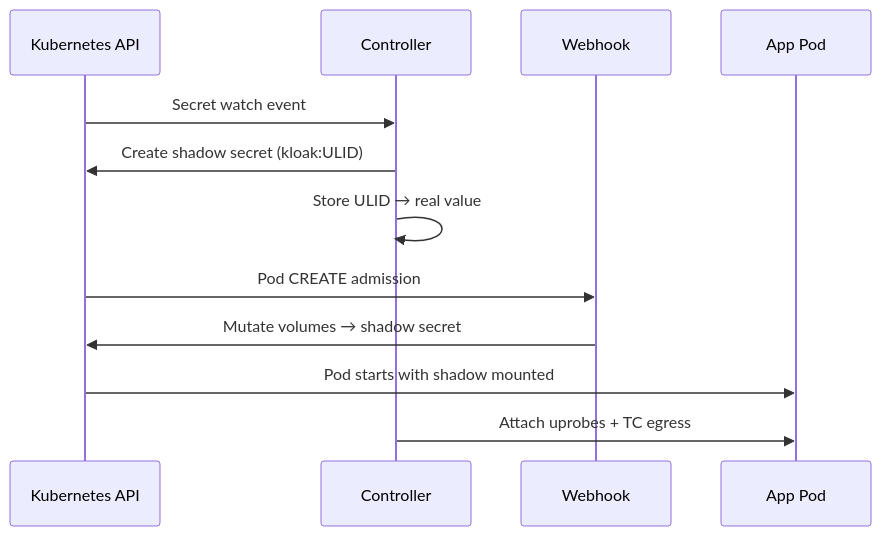
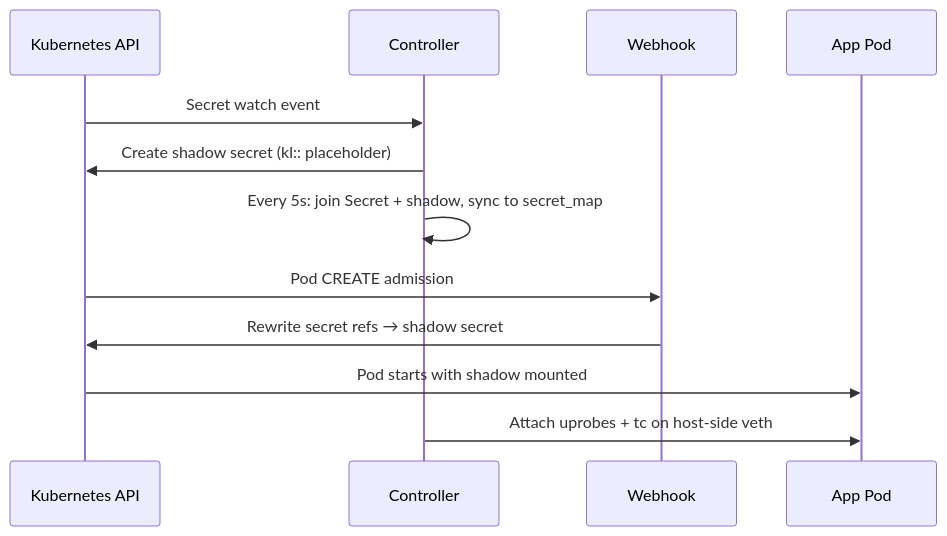
Before and after one commit to spinningfactory/kloak-web: the first of 2 diagrams in docs/architecture/overview.md, drawn with Mermaid. The commit also changed other lines of this file and 14 other files, not shown here.

````diff
--- a/docs/architecture/overview.md
+++ b/docs/architecture/overview.md
@@ -100,15 +105,15 @@
 ```mermaid
 sequenceDiagram
     participant K8s as Kubernetes API
     participant Ctrl as Controller
     participant WH as Webhook
     participant App as App Pod
 
     K8s->>Ctrl: Secret watch event
-    Ctrl->>K8s: Create shadow secret (kloak:ULID)
-    Ctrl->>Ctrl: Store ULID → real value
+    Ctrl->>K8s: Create shadow secret (kl:: placeholder)
+    Ctrl->>Ctrl: Every 5s: join Secret + shadow, sync to secret_map
     K8s->>WH: Pod CREATE admission
-    WH->>K8s: Mutate volumes → shadow secret
+    WH->>K8s: Rewrite secret refs → shadow secret
     K8s->>App: Pod starts with shadow mounted
-    Ctrl->>App: Attach uprobes + TC egress
+    Ctrl->>App: Attach uprobes + tc on host-side veth
 ```
````
